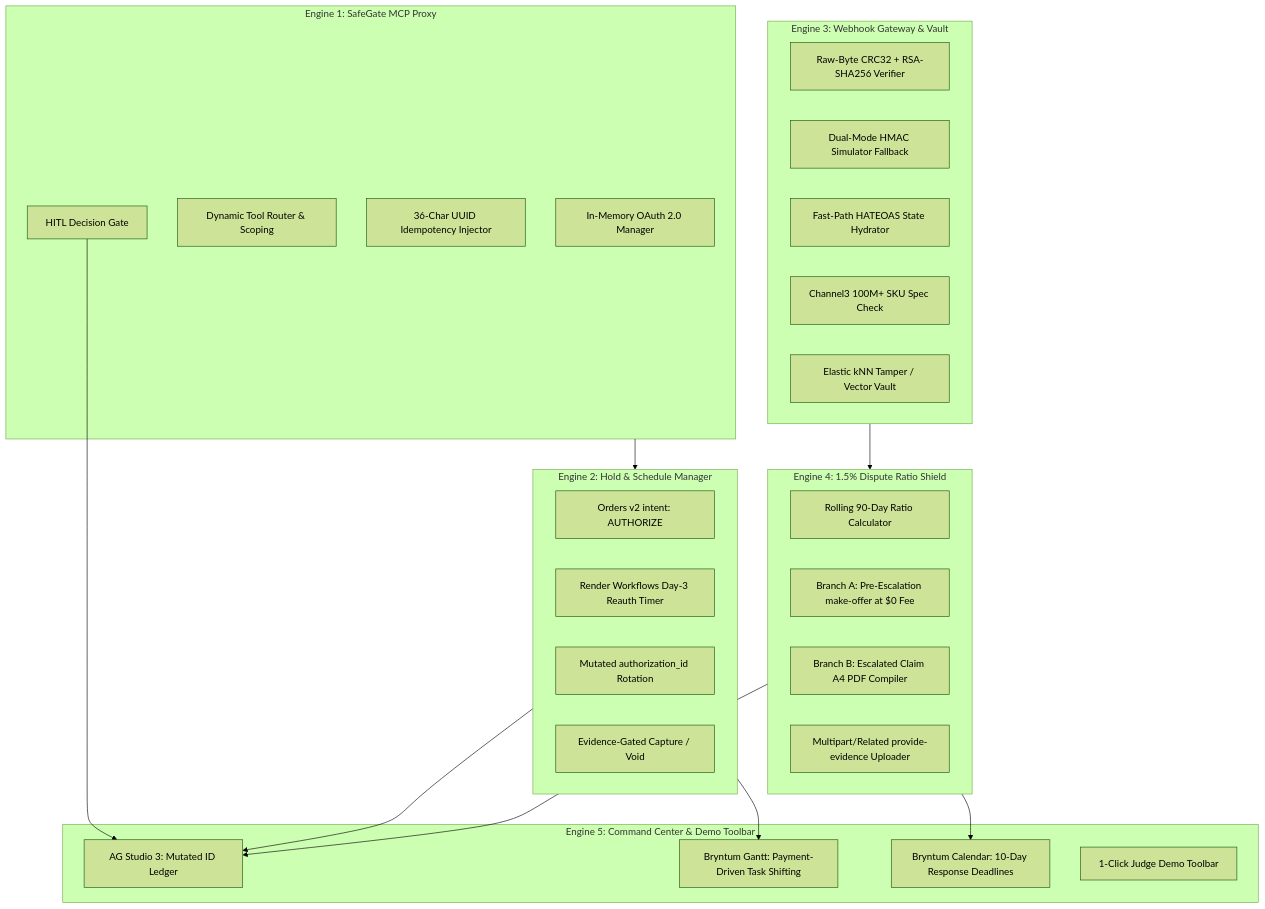
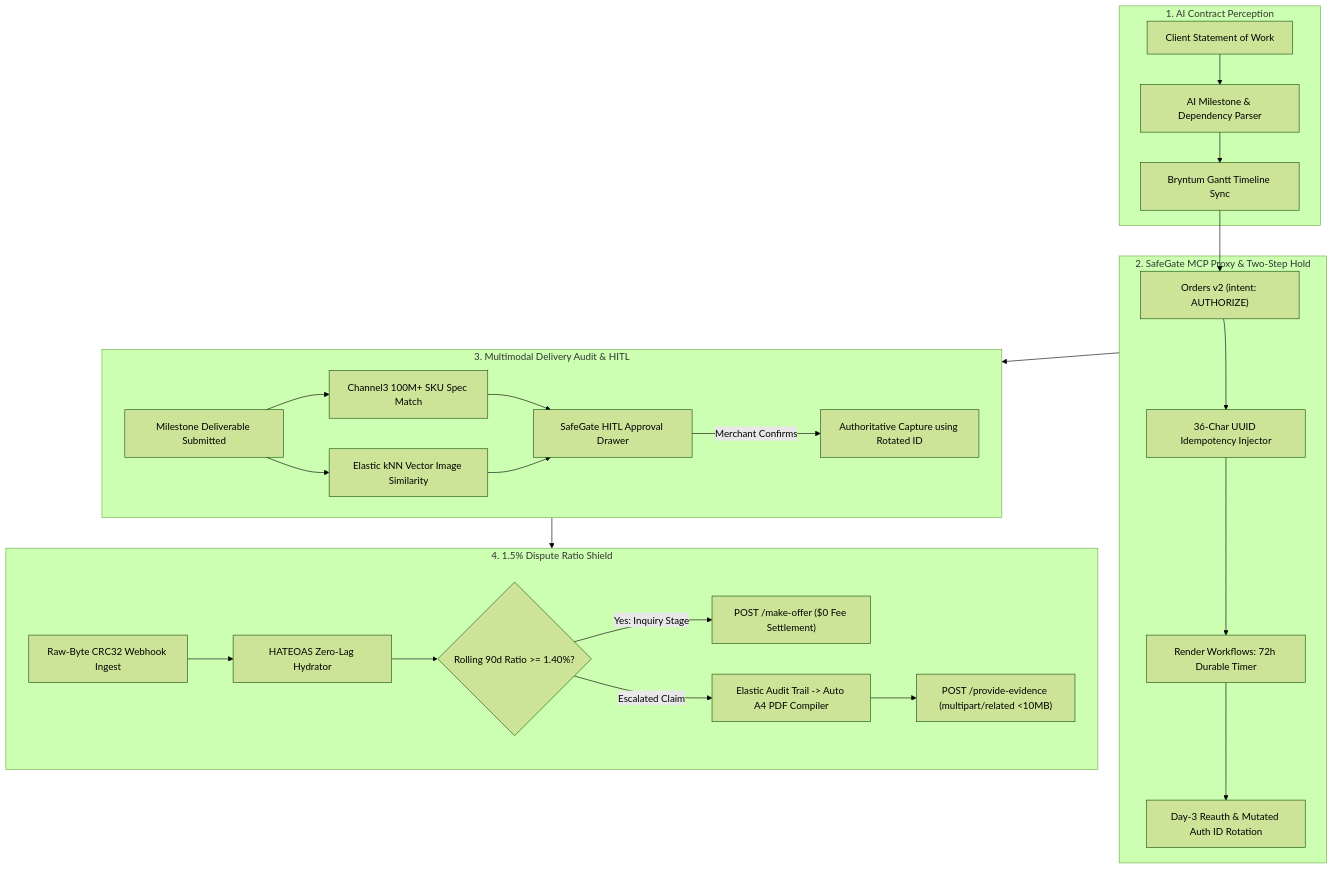
One commit to Shanukeshri/PayPal-Aegis changed the diagram in README.md. Above: the diagram before and after it, drawn with Mermaid (forest theme). The commit also changed other lines of this file and 71 other files, not shown here.

Commit message:
Comprehensive demo artifacts, UI components, and agent workflows for PayPal Aegis

````diff
--- a/README.md
+++ b/README.md
@@ -42,46 +91,32 @@
 ```mermaid
 flowchart TD
-    subgraph Engine1["Engine 1: SafeGate MCP Proxy"]
-        SG1[In-Memory OAuth 2.0 Manager]
-        SG2[Dynamic Tool Router & Scoping]
-        SG3[36-Char UUID Idempotency Injector]
-        SG4[HITL Decision Gate]
+    subgraph SOW_Ingest["1. AI Contract Perception"]
+        A1[Client Statement of Work] --> A2[AI Milestone & Dependency Parser]
+        A2 --> A3[Bryntum Gantt Timeline Sync]
     end
 
-    subgraph Engine2["Engine 2: Hold & Schedule Manager"]
-        HM1[Orders v2 intent: AUTHORIZE]
-        HM2[Render Workflows Day-3 Reauth Timer]
-        HM3[Mutated authorization_id Rotation]
-        HM4[Evidence-Gated Capture / Void]
+    subgraph SafeGate_Hold["2. SafeGate MCP Proxy & Two-Step Hold"]
+        A3 --> B1["Orders v2 (intent: AUTHORIZE)"]
+        B1 --> B2[36-Char UUID Idempotency Injector]
+        B2 --> B3[Render Workflows: 72h Durable Timer]
+        B3 --> B4[Day-3 Reauth & Mutated Auth ID Rotation]
     end
 
-    subgraph Engine3["Engine 3: Webhook Gateway & Vault"]
-        WG1[Raw-Byte CRC32 + RSA-SHA256 Verifier]
-        WG2[Dual-Mode HMAC Simulator Fallback]
-        WG3[Fast-Path HATEOAS State Hydrator]
-        WG4[Channel3 100M+ SKU Spec Check]
-        WG5[Elastic kNN Tamper / Vector Vault]
+    subgraph Verification_HITL["3. Multimodal Delivery Audit & HITL"]
+        C1[Milestone Deliverable Submitted] --> C2[Channel3 100M+ SKU Spec Match]
+        C1 --> C3[Elastic kNN Vector Image Similarity]
+        C2 & C3 --> C4[SafeGate HITL Approval Drawer]
+        C4 -->|Merchant Confirms| C5[Authoritative Capture using Rotated ID]
     end
 
-    subgraph Engine4["Engine 4: 1.5% Dispute Ratio Shield"]
-        DS1[Rolling 90-Day Ratio Calculator]
-        DS2[Branch A: Pre-Escalation make-offer at $0 Fee]
-        DS3[Branch B: Escalated Claim A4 PDF Compiler]
-        DS4[Multipart/Related provide-evidence Uploader]
+    subgraph Dispute_Defense["4. 1.5% Dispute Ratio Shield"]
+        D1[Raw-Byte CRC32 Webhook Ingest] --> D2[HATEOAS Zero-Lag Hydrator]
+        D2 --> D3{Rolling 90d Ratio >= 1.40%?}
+        D3 -->|Yes: Inquiry Stage| D4["POST /make-offer ($0 Fee Settlement)"]
+        D3 -->|Escalated Claim| D5["Elastic Audit Trail -> Auto A4 PDF Compiler"]
+        D5 --> D6["POST /provide-evidence (multipart/related <10MB)"]
     end
 
-    subgraph Engine5["Engine 5: Command Center & Demo Toolbar"]
-        CC1[AG Studio 3: Mutated ID Ledger]
-        CC2[Bryntum Gantt: Payment-Driven Task Shifting]
-        CC3[Bryntum Calendar: 10-Day Response Deadlines]
-        CC4[1-Click Judge Demo Toolbar]
-    end
-
-    Engine1 --> Engine2
-    Engine2 --> CC1
-    Engine2 --> CC2
-    Engine3 --> Engine4
-    Engine4 --> CC1
-    Engine4 --> CC3
-    SG4 --> CC1
+    SafeGate_Hold --> Verification_HITL
+    Verification_HITL --> Dispute_Defense
 ```
````
